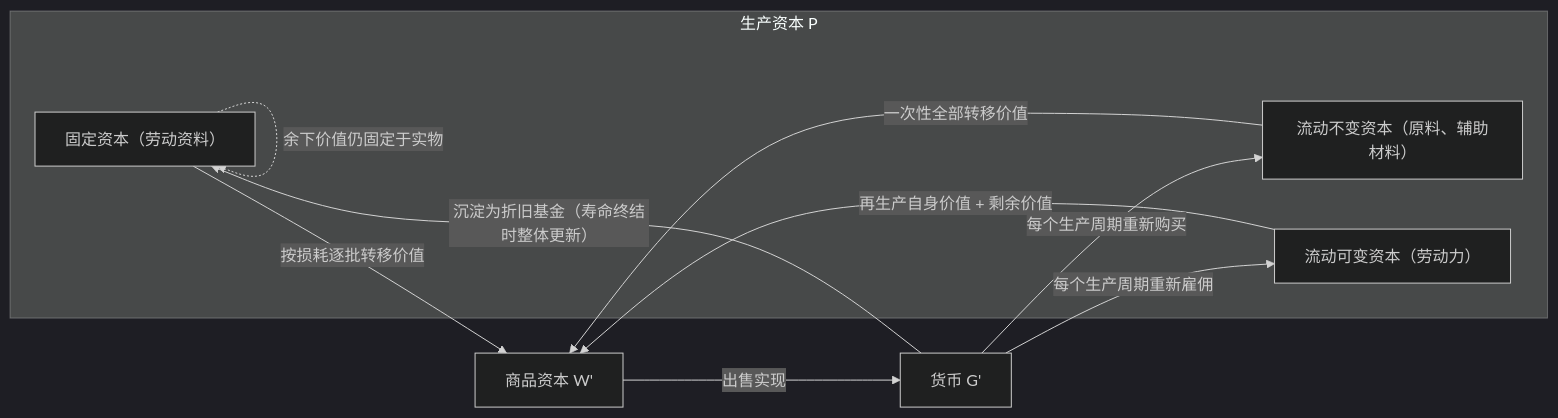
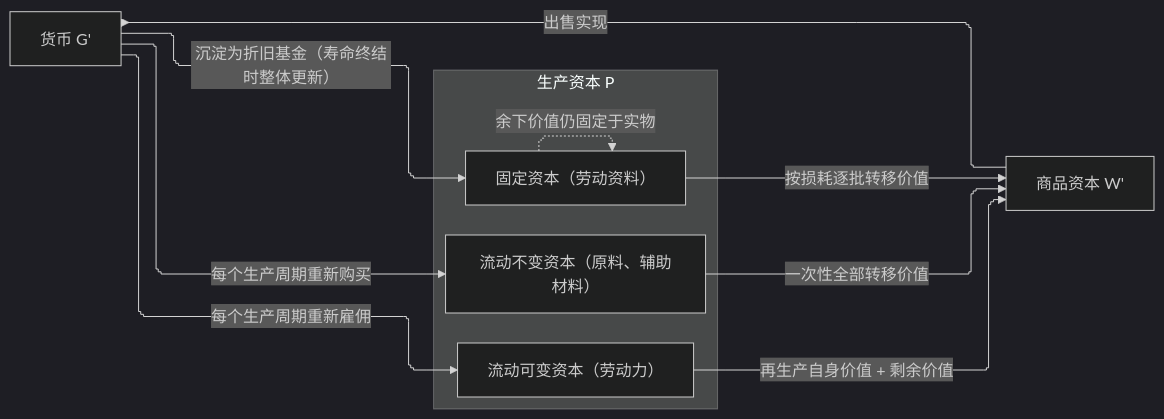
One commit to zeroDtree/zeroDtree.github.io changed the diagram in content/故事/资本论-第二卷/固定资本和流动资本.md. Above: the diagram before and after it, drawn with Mermaid (dark theme). The commit also changed 137 other files, not shown here.

Commit message:
Refactor DAGMermiad class to enhance clarity in wikilink removal process and update index with new notation and style tags. Add configuration for mermaid diagrams across multiple documents to improve visual representation of concepts.

````diff
--- a/content/故事/资本论-第二卷/固定资本和流动资本.md
+++ b/content/故事/资本论-第二卷/固定资本和流动资本.md
@@ -21,16 +21,24 @@
 ```mermaid
+---
+config:
+  layout: elk
+  elk:
+    lineHops: true
+  flowchart:
+    curve: stepAfter
+---
 flowchart LR
     subgraph ProdCap ["生产资本 P"]
         FC["固定资本（劳动资料）"]
         CC["流动不变资本（原料、辅助材料）"]
         VC["流动可变资本（劳动力）"]
     end
     FC -->|"按损耗逐批转移价值"| W["商品资本 W'"]
     FC -.->|"余下价值仍固定于实物"| FC
     CC -->|"一次性全部转移价值"| W
     VC -->|"再生产自身价值 + 剩余价值"| W
     W -->|"出售实现"| G["货币 G'"]
     G -->|"沉淀为折旧基金（寿命终结时整体更新）"| FC
     G -->|"每个生产周期重新购买"| CC
     G -->|"每个生产周期重新雇佣"| VC
 ```
````
